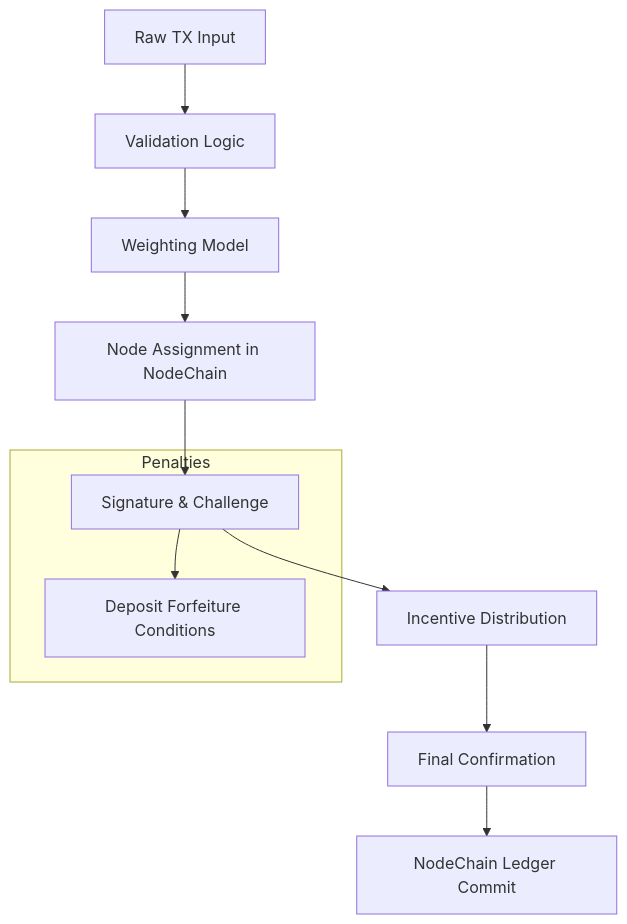
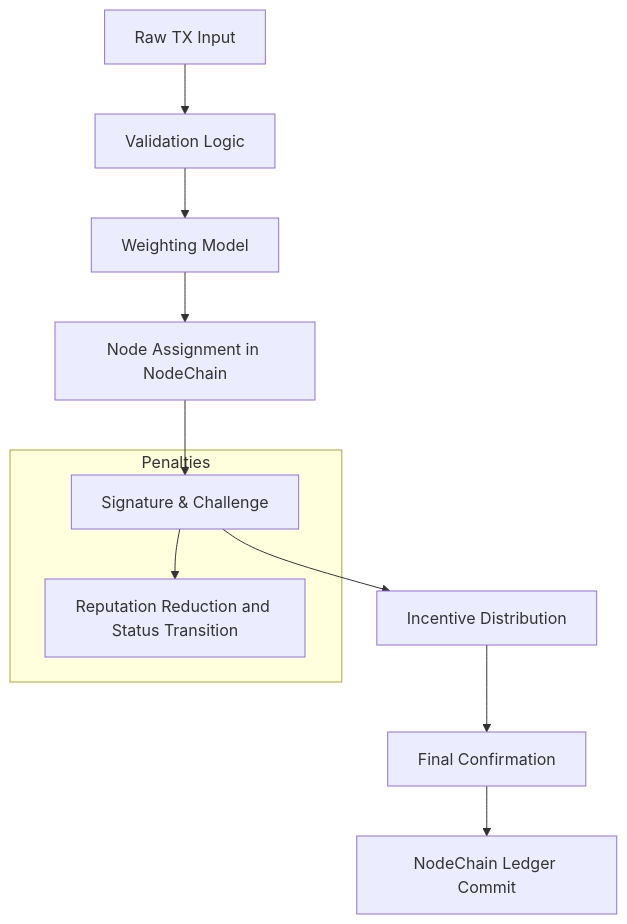
Before and after one commit to Aros-Technology-Studio/AST-Aros-Financial-Paradigm: the diagram in 10_proof_of_transaction_engine/pot_engine_overview.md, drawn with Mermaid. The commit also changed other lines of this file and 3 other files, not shown here.

````diff
--- a/10_proof_of_transaction_engine/pot_engine_overview.md
+++ b/10_proof_of_transaction_engine/pot_engine_overview.md
@@ -34,13 +34,13 @@
 ```mermaid
 flowchart TD
     A[Raw TX Input] --> B[Validation Logic]
     B --> C[Weighting Model]
     C --> D[Node Assignment in NodeChain]
     D --> E[Signature & Challenge]
     E --> F[Incentive Distribution]
     F --> G[Final Confirmation]
     G --> H[NodeChain Ledger Commit]
     subgraph "Penalties"
-    E --> I[Deposit Forfeiture Conditions]
+    E --> I[Reputation Reduction and Status Transition]
     end
 ```
````
